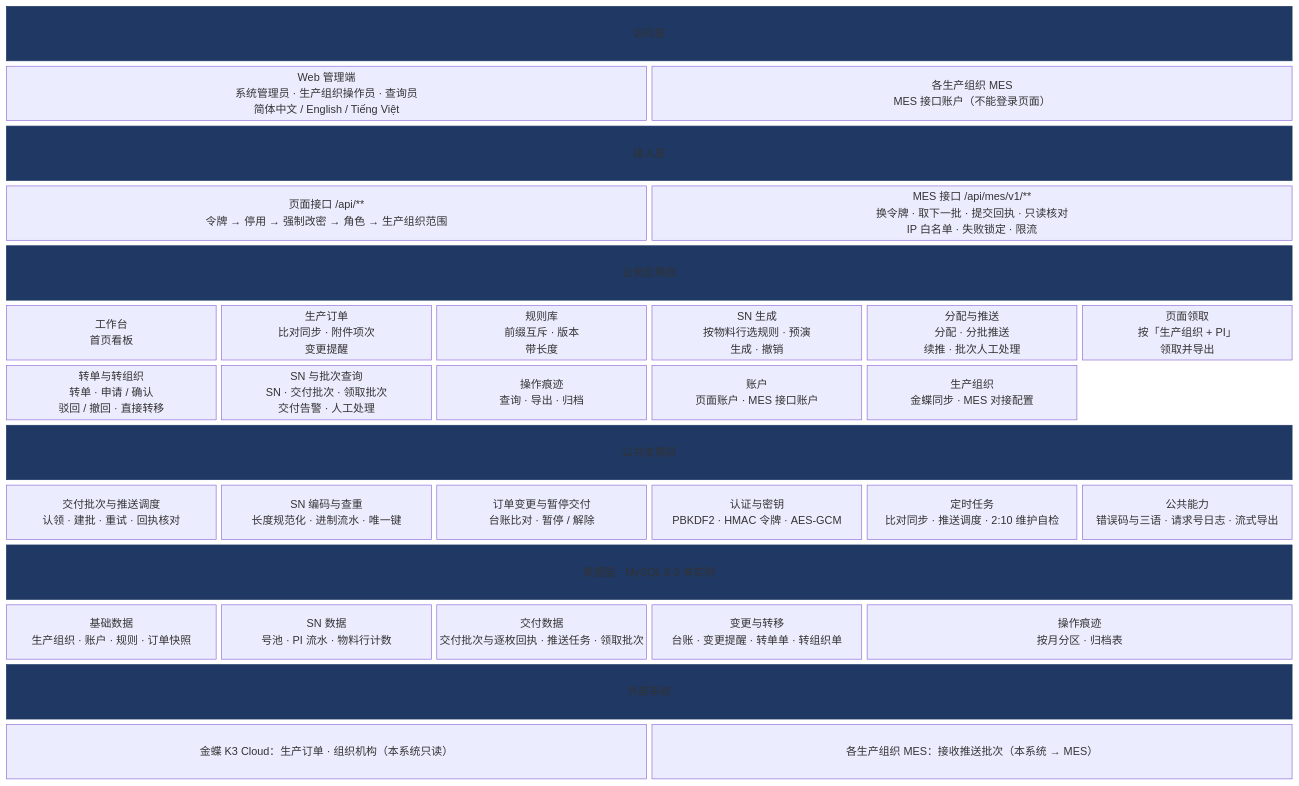
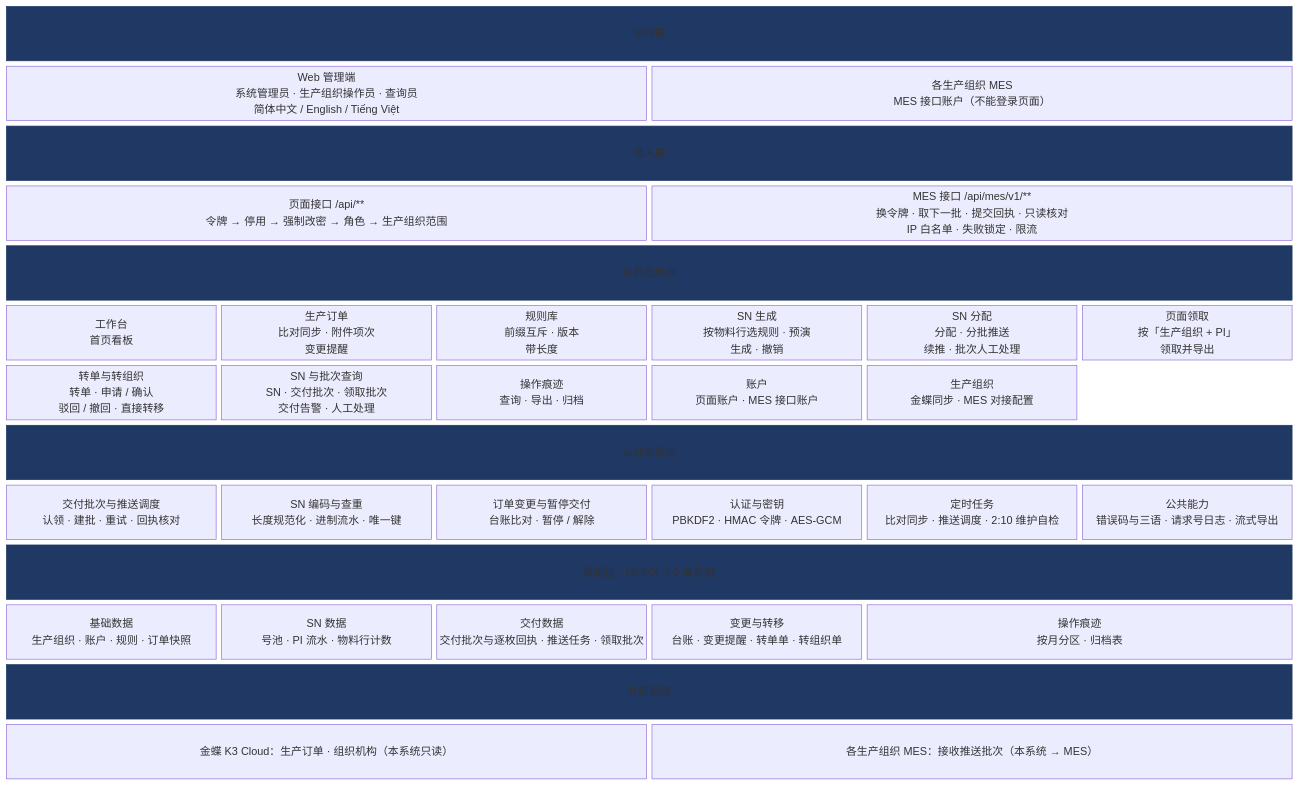
Before and after one commit to Createsnow/sn-center: the diagram in docs/images/系统技术方案/fig2-1-function.mmd, drawn with Mermaid. The commit also changed 14 other files, not shown here.

```diff
--- a/docs/images/系统技术方案/fig2-1-function.mmd
+++ b/docs/images/系统技术方案/fig2-1-function.mmd
@@ -1,39 +1,39 @@
 block-beta
   columns 6
   L1["访问层"]:6
   W["Web 管理端<br/>系统管理员 · 生产组织操作员 · 查询员<br/>简体中文 / English / Tiếng Việt"]:3
   M["各生产组织 MES<br/>MES 接口账户（不能登录页面）"]:3
   L2["接入层"]:6
   P["页面接口 /api/**<br/>令牌 → 停用 → 强制改密 → 角色 → 生产组织范围"]:3
   A["MES 接口 /api/mes/v1/**<br/>换令牌 · 取下一批 · 提交回执 · 只读核对<br/>IP 白名单 · 失败锁定 · 限流"]:3
   L3["业务应用层"]:6
   G1["工作台<br/>首页看板"]
   G2["生产订单<br/>比对同步 · 附件项次<br/>变更提醒"]
   G3["规则库<br/>前缀互斥 · 版本<br/>带长度"]
   G4["SN 生成<br/>按物料行选规则 · 预演<br/>生成 · 撤销"]
-  G11["分配与推送<br/>分配 · 分批推送<br/>续推 · 批次人工处理"]
+  G11["SN 分配<br/>分配 · 分批推送<br/>续推 · 批次人工处理"]
   G5["页面领取<br/>按「生产组织 + PI」<br/>领取并导出"]
   G6["转单与转组织<br/>转单 · 申请 / 确认<br/>驳回 / 撤回 · 直接转移"]
   G7["SN 与批次查询<br/>SN · 交付批次 · 领取批次<br/>交付告警 · 人工处理"]
   G8["操作痕迹<br/>查询 · 导出 · 归档"]
   G9["账户<br/>页面账户 · MES 接口账户"]
   G10["生产组织<br/>金蝶同步 · MES 对接配置"]
   space:1
   L4["公共支撑层"]:6
   S1["交付批次与推送调度<br/>认领 · 建批 · 重试 · 回执核对"]
   S2["SN 编码与查重<br/>长度规范化 · 进制流水 · 唯一键"]
   S3["订单变更与暂停交付<br/>台账比对 · 暂停 / 解除"]
   S4["认证与密钥<br/>PBKDF2 · HMAC 令牌 · AES-GCM"]
   S5["定时任务<br/>比对同步 · 推送调度 · 2:10 维护自检"]
   S6["公共能力<br/>错误码与三语 · 请求号日志 · 流式导出"]
   L5["数据层 · MySQL 8.0 单实例"]:6
   D1["基础数据<br/>生产组织 · 账户 · 规则 · 订单快照"]
   D2["SN 数据<br/>号池 · PI 流水 · 物料行计数"]
   D3["交付数据<br/>交付批次与逐枚回执 · 推送任务 · 领取批次"]
   D4["变更与转移<br/>台账 · 变更提醒 · 转单单 · 转组织单"]
   D5["操作痕迹<br/>按月分区 · 归档表"]:2
   L6["外部系统"]:6
   K["金蝶 K3 Cloud：生产订单 · 组织机构（本系统只读）"]:3
   MM["各生产组织 MES：接收推送批次（本系统 → MES）"]:3
   classDef layer fill:#1f3864,color:#fff,stroke:#1f3864
   class L1,L2,L3,L4,L5,L6 layer
```
